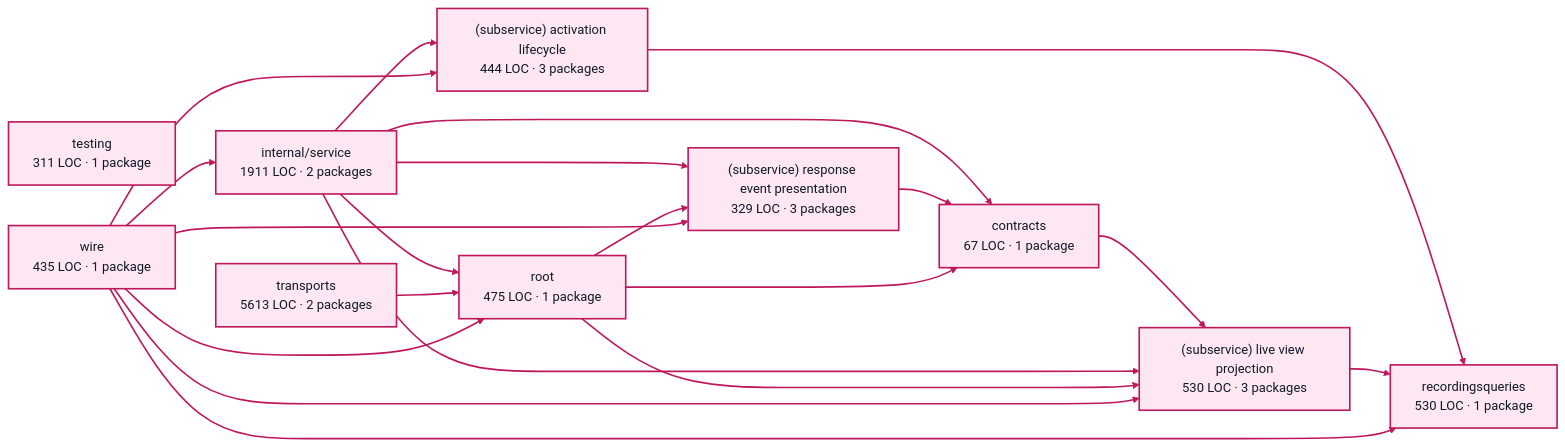
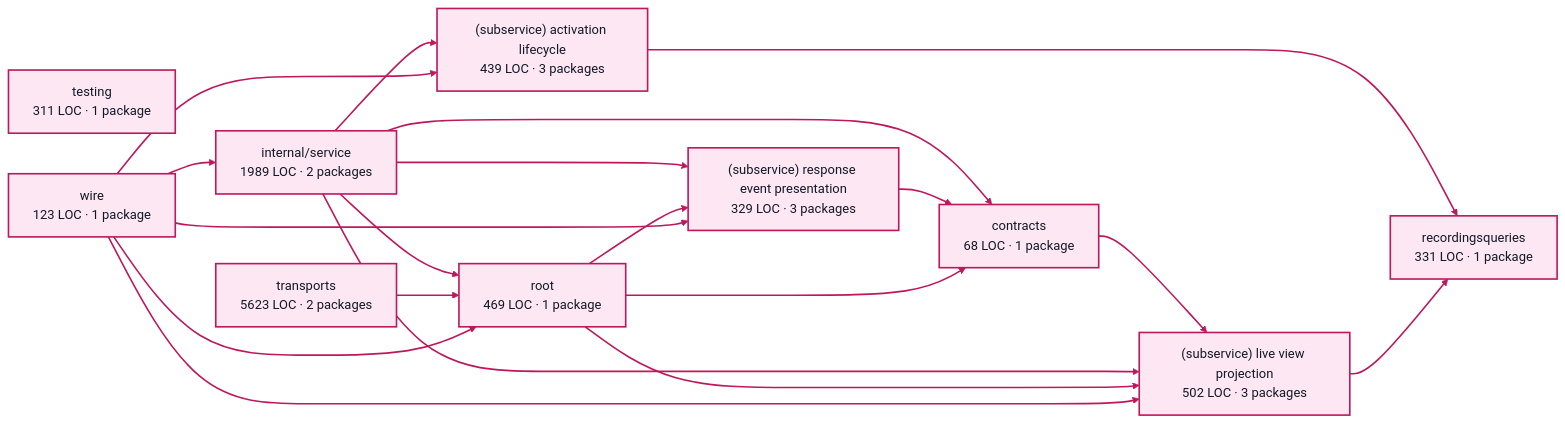
One commit to portpowered/you-agent-factory changed the diagram in docs/architecture/visualizations/services/factory_visualization.md. Above: the diagram before and after it, drawn with Mermaid. The commit also changed other lines of this file and 20 other files, not shown here.

Commit message:
docs: refresh backend architecture visualizations

````diff
--- a/docs/architecture/visualizations/services/factory_visualization.md
+++ b/docs/architecture/visualizations/services/factory_visualization.md
@@ -11,43 +11,42 @@
 ```mermaid
 flowchart LR
-  p0["contracts<br/>67 LOC · 1 package"]
-  p1["recordingsqueries<br/>530 LOC · 1 package"]
-  p2["internal/service<br/>1911 LOC · 2 packages"]
-  p3["(subservice) activation lifecycle<br/>444 LOC · 3 packages"]
-  p4["(subservice) live view projection<br/>530 LOC · 3 packages"]
+  p0["contracts<br/>68 LOC · 1 package"]
+  p1["recordingsqueries<br/>331 LOC · 1 package"]
+  p2["internal/service<br/>1989 LOC · 2 packages"]
+  p3["(subservice) activation lifecycle<br/>439 LOC · 3 packages"]
+  p4["(subservice) live view projection<br/>502 LOC · 3 packages"]
   p5["(subservice) response event presentation<br/>329 LOC · 3 packages"]
   p6["testing<br/>311 LOC · 1 package"]
-  p7["root<br/>475 LOC · 1 package"]
-  p8["transports<br/>5613 LOC · 2 packages"]
-  p9["wire<br/>435 LOC · 1 package"]
+  p7["root<br/>469 LOC · 1 package"]
+  p8["transports<br/>5623 LOC · 2 packages"]
+  p9["wire<br/>123 LOC · 1 package"]
   p0 --> p4
   p2 --> p0
   p2 --> p3
   p2 --> p4
   p2 --> p5
   p2 --> p7
   p3 --> p1
   p4 --> p1
   p5 --> p0
   p7 --> p0
   p7 --> p4
   p7 --> p5
   p8 --> p7
-  p9 --> p1
   p9 --> p2
   p9 --> p3
   p9 --> p4
   p9 --> p5
   p9 --> p7
   style p0 fill:#fce7f3,stroke:#be185d,stroke-width:2px,color:#111827
   style p1 fill:#fce7f3,stroke:#be185d,stroke-width:2px,color:#111827
   style p2 fill:#fce7f3,stroke:#be185d,stroke-width:2px,color:#111827
   style p3 fill:#fce7f3,stroke:#be185d,stroke-width:2px,color:#111827
   style p4 fill:#fce7f3,stroke:#be185d,stroke-width:2px,color:#111827
   style p5 fill:#fce7f3,stroke:#be185d,stroke-width:2px,color:#111827
   style p6 fill:#fce7f3,stroke:#be185d,stroke-width:2px,color:#111827
   style p7 fill:#fce7f3,stroke:#be185d,stroke-width:2px,color:#111827
   style p8 fill:#fce7f3,stroke:#be185d,stroke-width:2px,color:#111827
   style p9 fill:#fce7f3,stroke:#be185d,stroke-width:2px,color:#111827
   linkStyle default stroke:#be185d,stroke-width:2px
 ```
````
